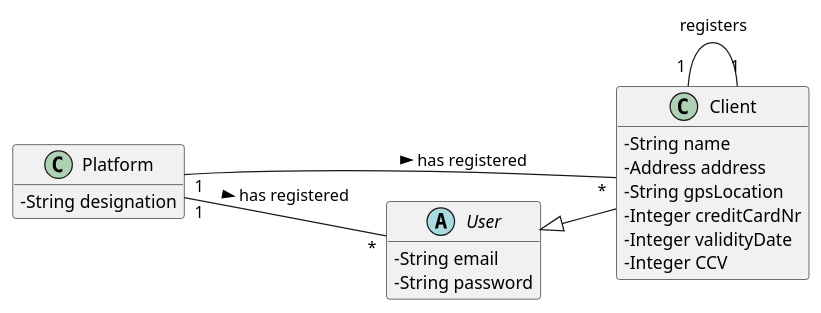
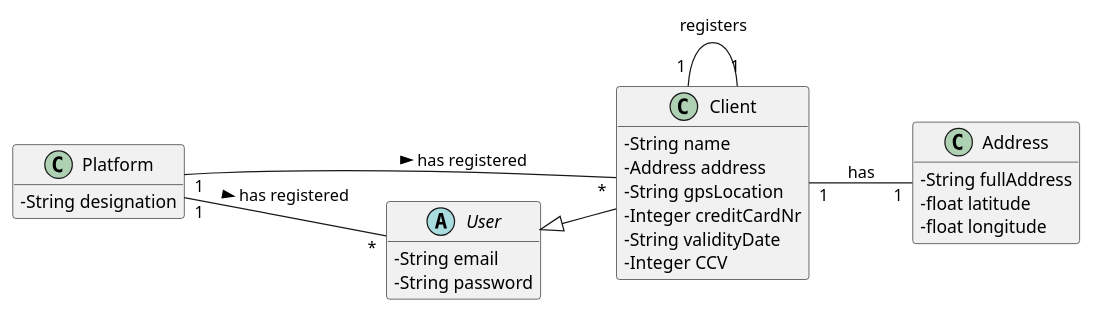
Before and after one commit to tiagoavcosta25/LAPR3: the diagram in docs/Iteration 1/User Management/US18_RegisterClient/US18_DM.puml, drawn with PlantUML. The commit also changed 25 other files, not shown here.

```diff
--- a/docs/Iteration 1/User Management/US18_RegisterClient/US18_DM.puml
+++ b/docs/Iteration 1/User Management/US18_RegisterClient/US18_DM.puml
@@ -1,30 +1,37 @@
 @startuml
 skinparam classAttributeIconSize 0
 hide methods
 left to right direction
 
 class Platform {
 -   String designation
 }
 
 class Client{
 -String name
 -Address address
 -String gpsLocation
 -Integer creditCardNr
--Integer validityDate
+-String validityDate
 -Integer CCV
 }
 
 abstract class User{
 -String email
 -String password
 }
 
+class Address{
+-String fullAddress
+-float latitude
+-float longitude
+}
+
 class Client extends User
 
 
 Client "1" -- "1" Client : registers
+Client "1" -- "1" Address : has
 Platform "1" -- "*" Client : has registered >
 Platform "1" -- "*" User : has registered >
 @enduml
```
